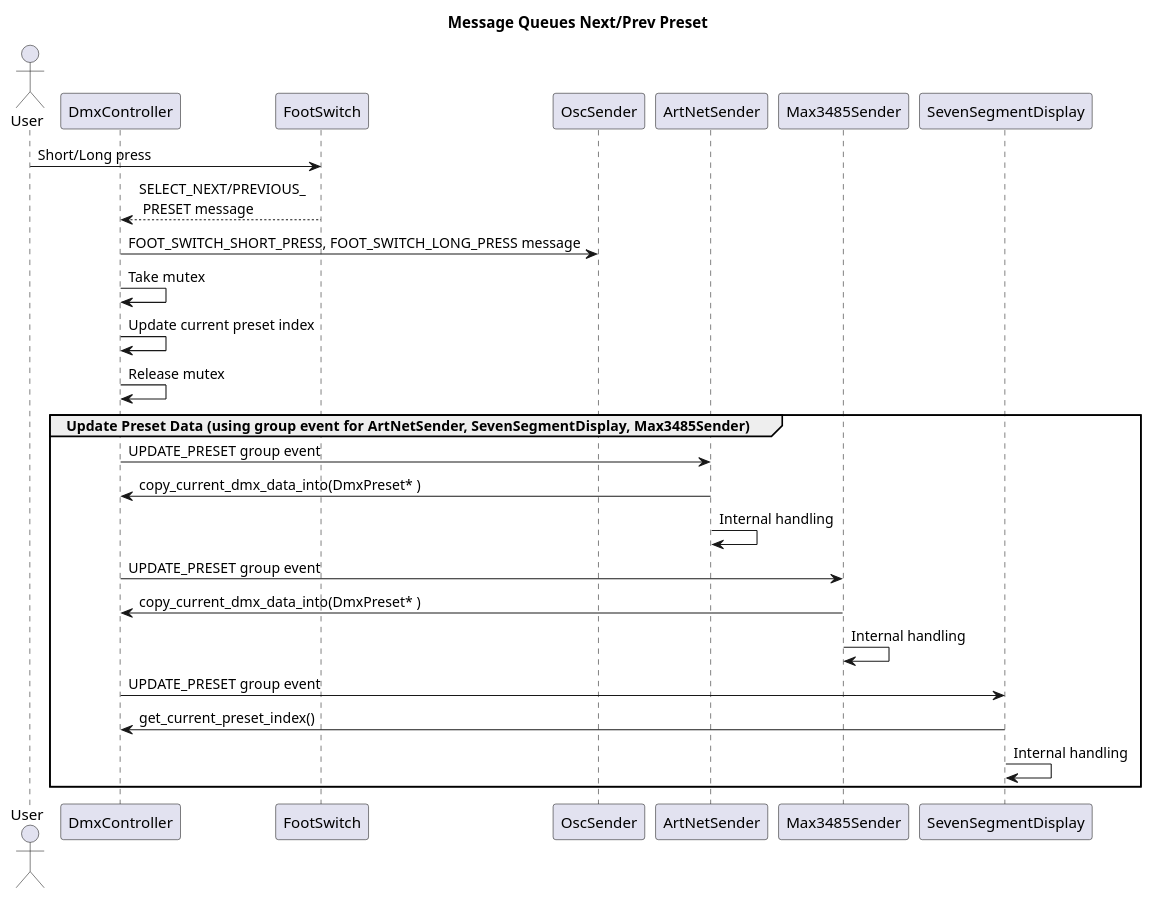
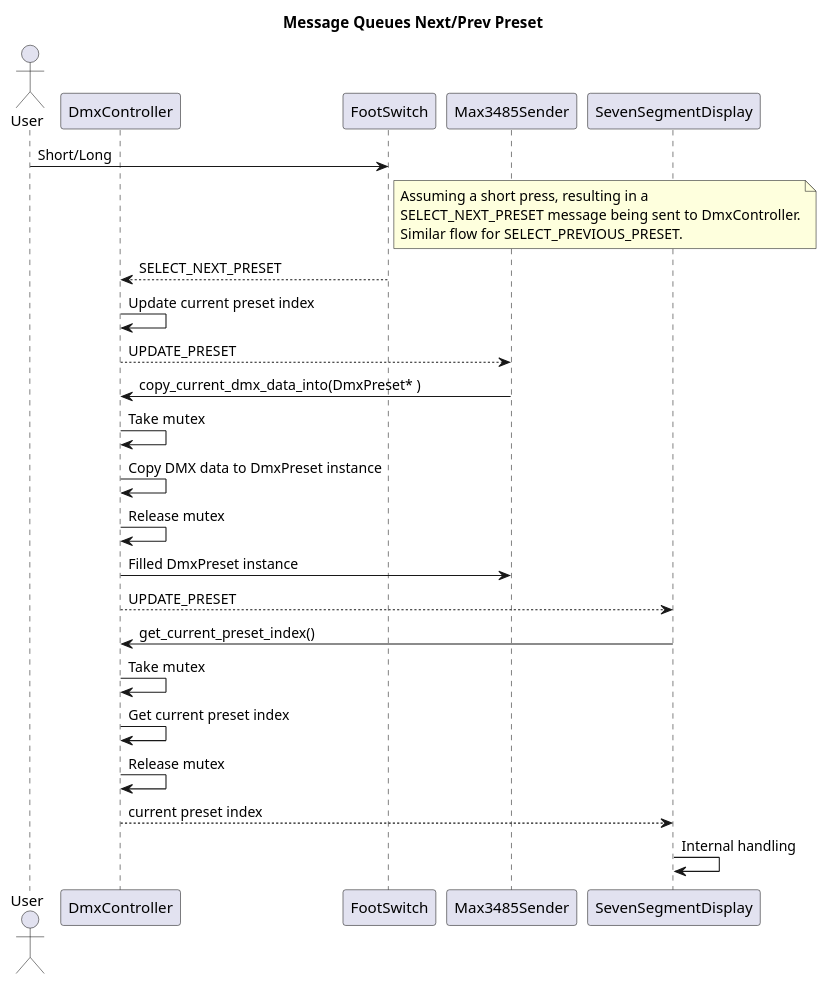
One commit to michelkeijzers/Esp32DmxController changed the sixth of 8 diagrams in Documentation/software_design.puml. Above: the diagram before and after it, drawn with PlantUML. The commit also changed other lines of this file and 1 other file, not shown here.

Commit message:
Updated UML diagrams

```diff
--- a/Documentation/software_design.puml
+++ b/Documentation/software_design.puml
@@ -327,33 +365,33 @@
 @startuml
 title Message Queues Next/Prev Preset
 
 actor User
 participant DmxController
 participant FootSwitch
-participant OscSender
-participant ArtNetSender
 participant Max3485Sender
 participant SevenSegmentDisplay
 
-User -> FootSwitch : Short/Long press
-FootSwitch --> DmxController : SELECT_NEXT/PREVIOUS_\n PRESET message
-DmxController -> OscSender : FOOT_SWITCH_SHORT_PRESS, FOOT_SWITCH_LONG_PRESS message
+User -> FootSwitch : Short/Long
+note right of FootSwitch
+    Assuming a short press, resulting in a 
+    SELECT_NEXT_PRESET message being sent to DmxController.
+    Similar flow for SELECT_PREVIOUS_PRESET.
+end note
+FootSwitch --> DmxController : SELECT_NEXT_PRESET
+DmxController -> DmxController : Update current preset index
+
+DmxController --> Max3485Sender : UPDATE_PRESET
+Max3485Sender -> DmxController : copy_current_dmx_data_into(DmxPreset* )
 DmxController -> DmxController : Take mutex
-DmxController -> DmxController : Update current preset index
+DmxController -> DmxController : Copy DMX data to DmxPreset instance
 DmxController -> DmxController : Release mutex
-group Update Preset Data (using group event for ArtNetSender, SevenSegmentDisplay, Max3485Sender)
-    
-    DmxController -> ArtNetSender : UPDATE_PRESET group event
-    ArtNetSender -> DmxController : copy_current_dmx_data_into(DmxPreset* )
-    ArtNetSender -> ArtNetSender : Internal handling
+DmxController -> Max3485Sender : Filled DmxPreset instance
 
-    DmxController -> Max3485Sender : UPDATE_PRESET group event
-    Max3485Sender -> DmxController : copy_current_dmx_data_into(DmxPreset* )
-    Max3485Sender -> Max3485Sender : Internal handling
-    
-    DmxController -> SevenSegmentDisplay : UPDATE_PRESET group event
-    SevenSegmentDisplay -> DmxController : get_current_preset_index()
-    SevenSegmentDisplay -> SevenSegmentDisplay : Internal handling
-end
-
+DmxController --> SevenSegmentDisplay : UPDATE_PRESET
+SevenSegmentDisplay -> DmxController : get_current_preset_index()
+DmxController -> DmxController : Take mutex
+DmxController -> DmxController : Get current preset index
+DmxController -> DmxController : Release mutex
+DmxController --> SevenSegmentDisplay : current preset index
+SevenSegmentDisplay -> SevenSegmentDisplay : Internal handling
 @enduml
```
